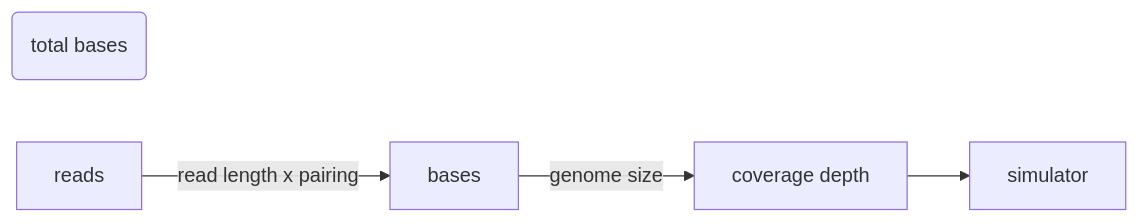
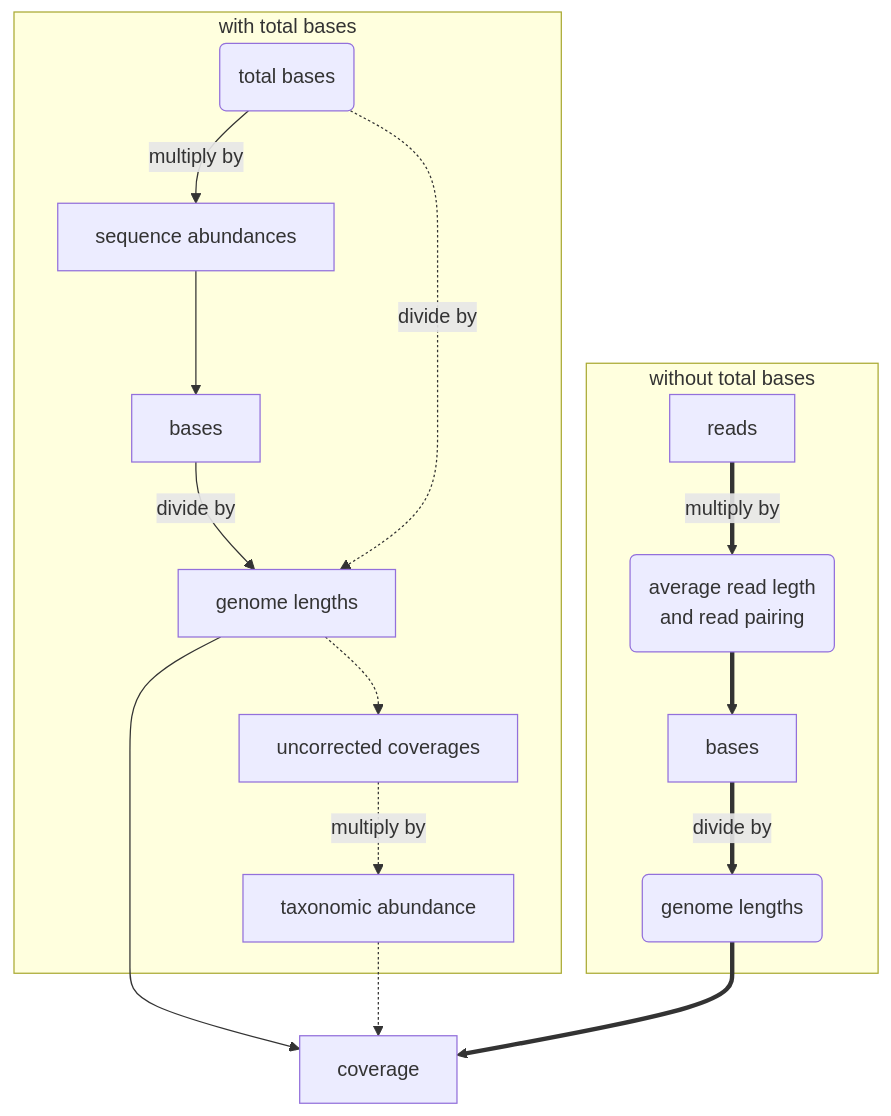
Before and after one commit to metagenlab/MeSS: the diagram in docs/guide/simulate/coverage.md, drawn with Mermaid. The commit also changed other lines of this file, not shown here.

Commit message:
updated coverage docs

````diff
--- a/docs/guide/simulate/coverage.md
+++ b/docs/guide/simulate/coverage.md
@@ -7,7 +12,24 @@
 ``` mermaid
-graph LR
-  A(total bases);
-  B[bases] -->| genome size| D[coverage depth];
-  C[reads] --> |read length x pairing| B[bases];
-  D[coverage depth] --> F[simulator];
+flowchart TB
+  
+  K[coverage]
+  D[genome lengths]
+  subgraph with total bases
+    A(total bases) --> |multiply by| B[sequence abundances]
+    B --> C[bases]
+    C --> |divide by| D
+    A -.-> |divide by| D 
+    D -.-> F[uncorrected coverages]
+    F -.-> |multiply by| G[taxonomic abundance]
+    
+  end
+  subgraph without total bases
+    L[bases] ==>|divide by| M(genome lengths)
+    N[reads] ==>|multiply by| O(average read legth 
+    and read pairing)
+    O ==> L[bases]
+  end
+  D --> K
+  G -.-> K
+  M ==> K
 ```
````
